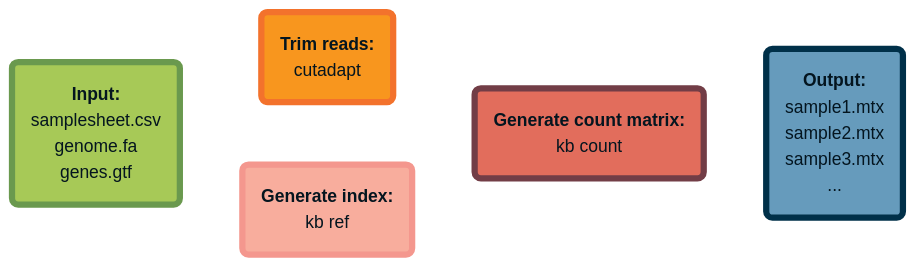
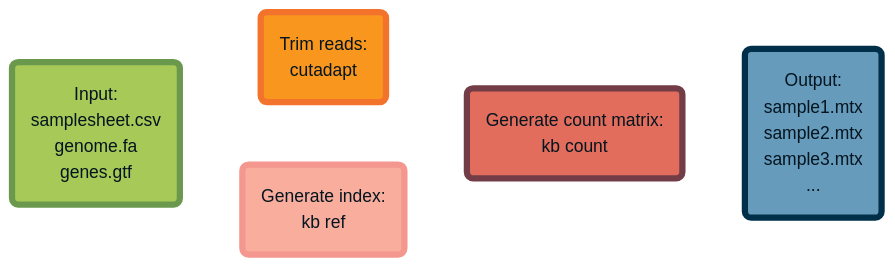
The diagram in README.md (jnwangg/scrnaseq_flow), drawn with Mermaid before and after one commit.

Commit message:
Fix flowchart formatting

````diff
--- a/README.md
+++ b/README.md
@@ -10,28 +10,28 @@
 ```mermaid
 %%{init: {'theme': 'base', 'themeVariables': { 'fontSize': '14px', 'fontFamily': "Inter"}}}%%
 flowchart LR
-  source("<b>Input:</b>
+  source("Input:
          samplesheet.csv
          genome.fa
          genes.gtf")
-  trim("<b>Trim reads:</b>
+  trim("Trim reads:
        cutadapt")
-  index("<b>Generate index:</b>
+  index("Generate index:
         kb ref")
-  aligner("<b>Generate count matrix:</b>
+  aligner("Generate count matrix:
           kb count")
-  output("<b>Output:</b>
+  output("Output:
          sample1.mtx
          sample2.mtx
          sample3.mtx
          ...")
   source --> trim & index --> aligner
   aligner --> output
 
   linkStyle 0,1,2,3,4 stroke:#ffffff,stroke-width:3px;
   style source fill:#A7C957,stroke:#6A994E,stroke-width:5px,color:#04151f;
   style trim fill:#f8961e,stroke:#f3722c,stroke-width:5px,color:#04151f;
   style output fill:#669bbc,stroke:#003049,stroke-width:5px,color:#04151f;
   style aligner fill:#e26d5c,stroke:#723d46,stroke-width:5px,color:#04151f;
   style index fill:#f8ad9d,stroke:#f4978e,stroke-width:5px,color:#04151f;
 ```
````
